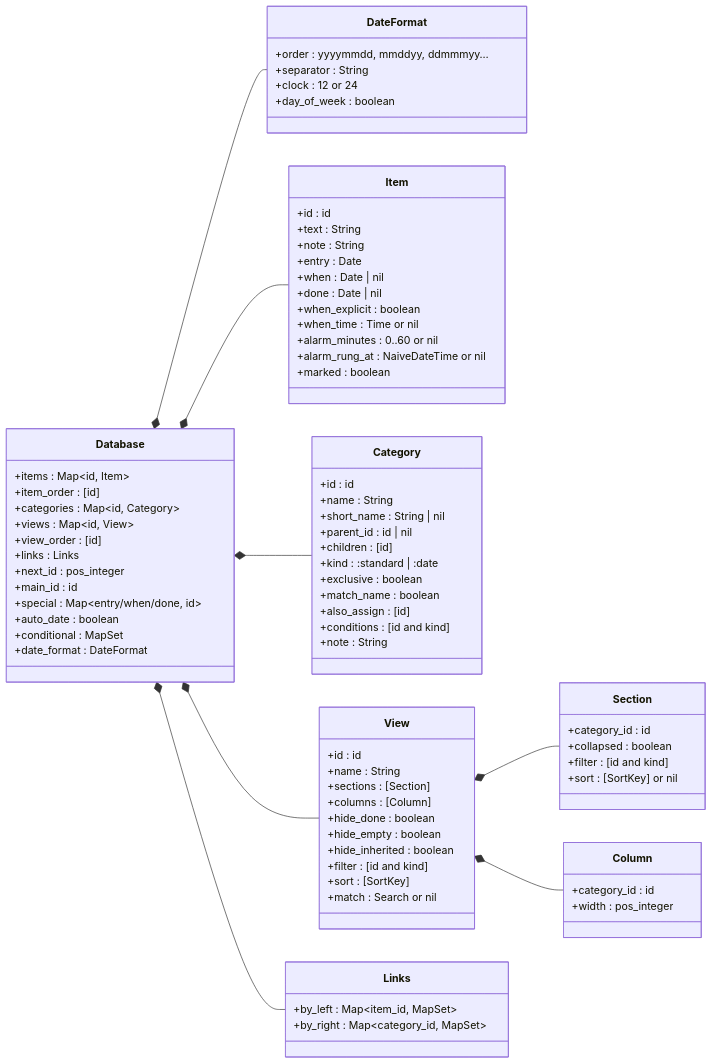
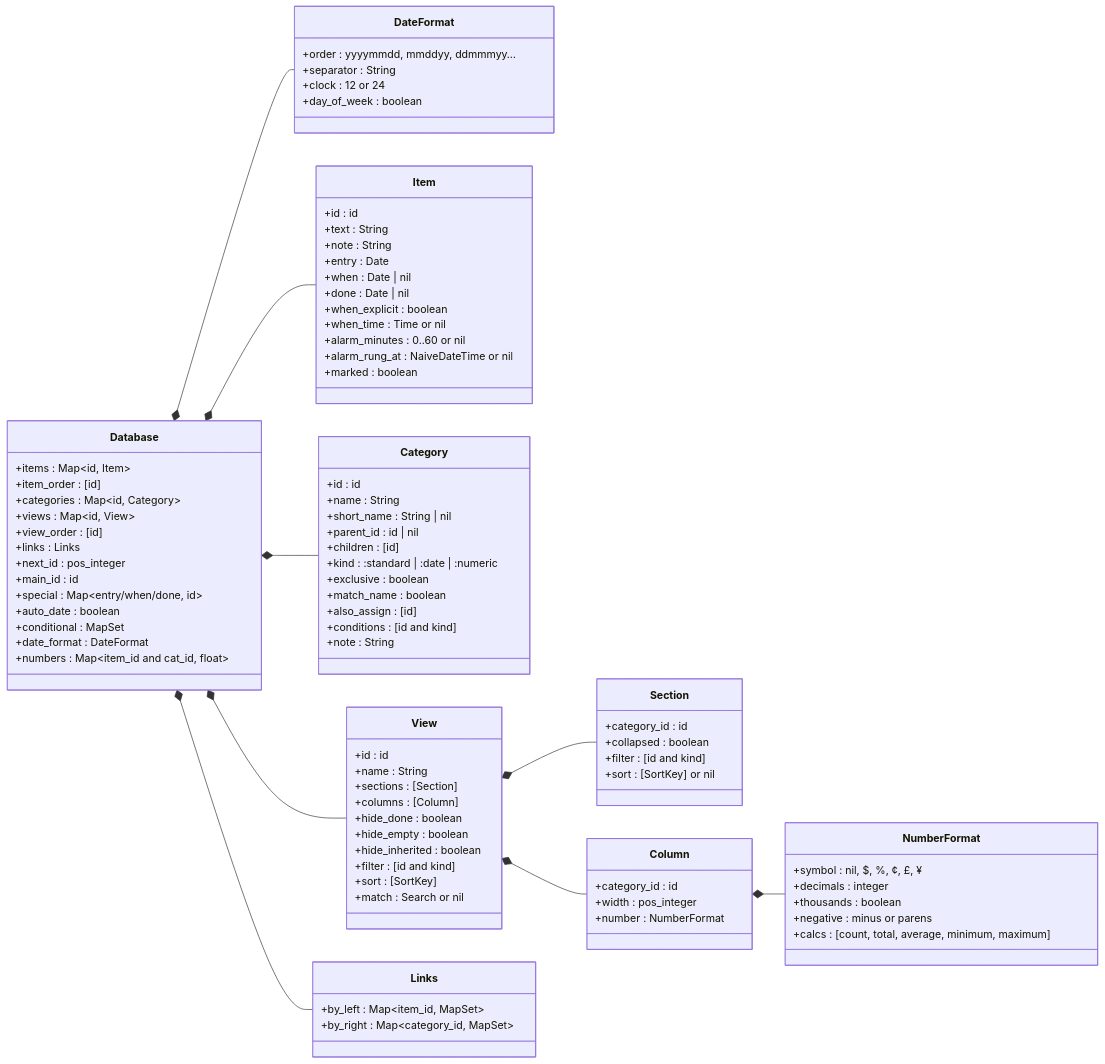
Before and after one commit to jamting/agendum: the second of 6 diagrams in docs/DATA_MODEL.md, drawn with Mermaid. The commit also changed other lines of this file and 11 other files, not shown here.

````diff
--- a/docs/DATA_MODEL.md
+++ b/docs/DATA_MODEL.md
@@ -107,6 +109,7 @@
         +auto_date : boolean
         +conditional : MapSet
         +date_format : DateFormat
+        +numbers : Map~item_id and cat_id, float~
     }
     class DateFormat {
         +order : yyyymmdd, mmddyy, ddmmmyy…
@@ -133,7 +136,7 @@
         +short_name : String | nil
         +parent_id : id | nil
         +children : [id]
-        +kind : :standard | :date
+        +kind : :standard | :date | :numeric
         +exclusive : boolean
         +match_name : boolean
         +also_assign : [id]
@@ -161,6 +164,14 @@
     class Column {
         +category_id : id
         +width : pos_integer
+        +number : NumberFormat
+    }
+    class NumberFormat {
+        +symbol : nil, $, %, ¢, £, ¥
+        +decimals : integer
+        +thousands : boolean
+        +negative : minus or parens
+        +calcs : [count, total, average, minimum, maximum]
     }
     class Links {
         +by_left : Map~item_id, MapSet~
@@ -173,4 +184,5 @@
     Database *-- DateFormat
     View *-- Section
     View *-- Column
+    Column *-- NumberFormat
 ```
````
